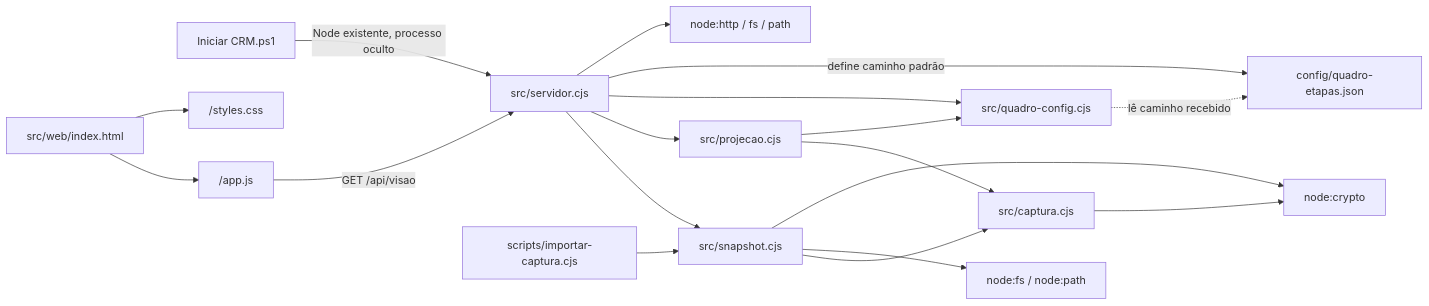
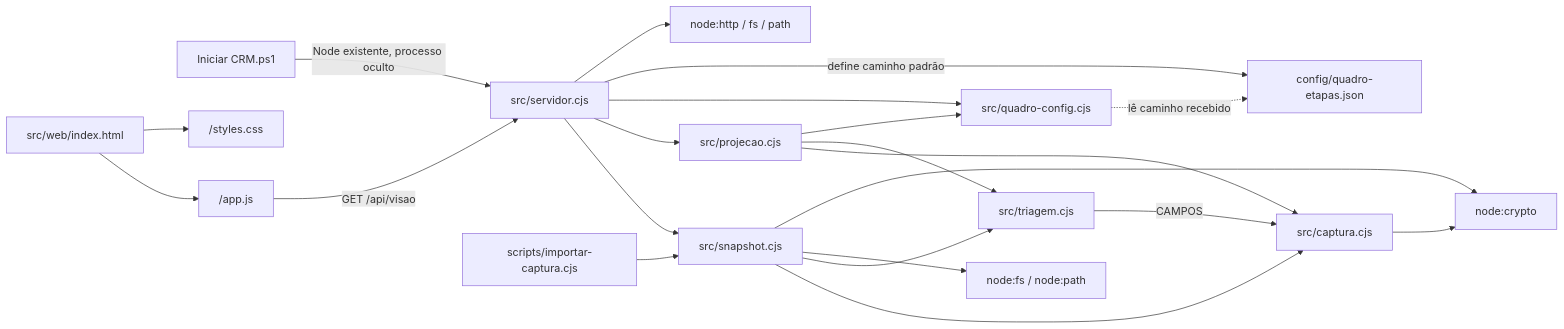
The first of 4 diagrams in docs/architecture.md (Browsher/crm-social), drawn with Mermaid before and after one commit. The commit also changed other lines of this file and 21 other files, not shown here.

````diff
--- a/docs/architecture.md
+++ b/docs/architecture.md
@@ -9,20 +9,23 @@
 ```mermaid
 flowchart LR
   Iniciador["Iniciar CRM.ps1"] -->|Node existente, processo oculto| Server
   CLI["scripts/importar-captura.cjs"] --> Snapshot["src/snapshot.cjs"]
   Snapshot --> Captura["src/captura.cjs"]
+  Snapshot --> Triagem["src/triagem.cjs"]
   Server["src/servidor.cjs"] --> Snapshot
   Server --> Projecao["src/projecao.cjs"]
   Server --> Quadro["src/quadro-config.cjs"]
   Projecao --> Captura
+  Projecao --> Triagem
+  Triagem -->|CAMPOS| Captura
   Projecao --> Quadro
   Server -->|define caminho padrão| Config["config/quadro-etapas.json"]
   Quadro -.->|lê caminho recebido| Config
   HTML["src/web/index.html"] --> JS["/app.js"]
   HTML --> CSS["/styles.css"]
   JS -->|GET /api/visao| Server
   Snapshot --> FS["node:fs / node:path"]
   Captura --> Crypto["node:crypto"]
   Snapshot --> Crypto
   Server --> HTTP["node:http / fs / path"]
 ```
````
